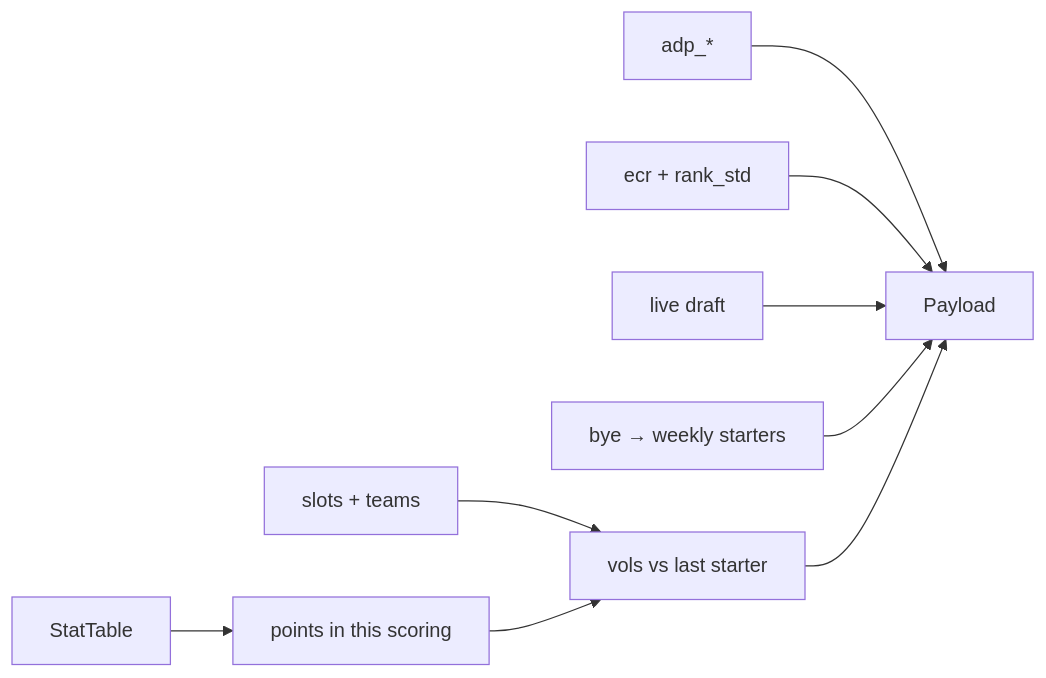
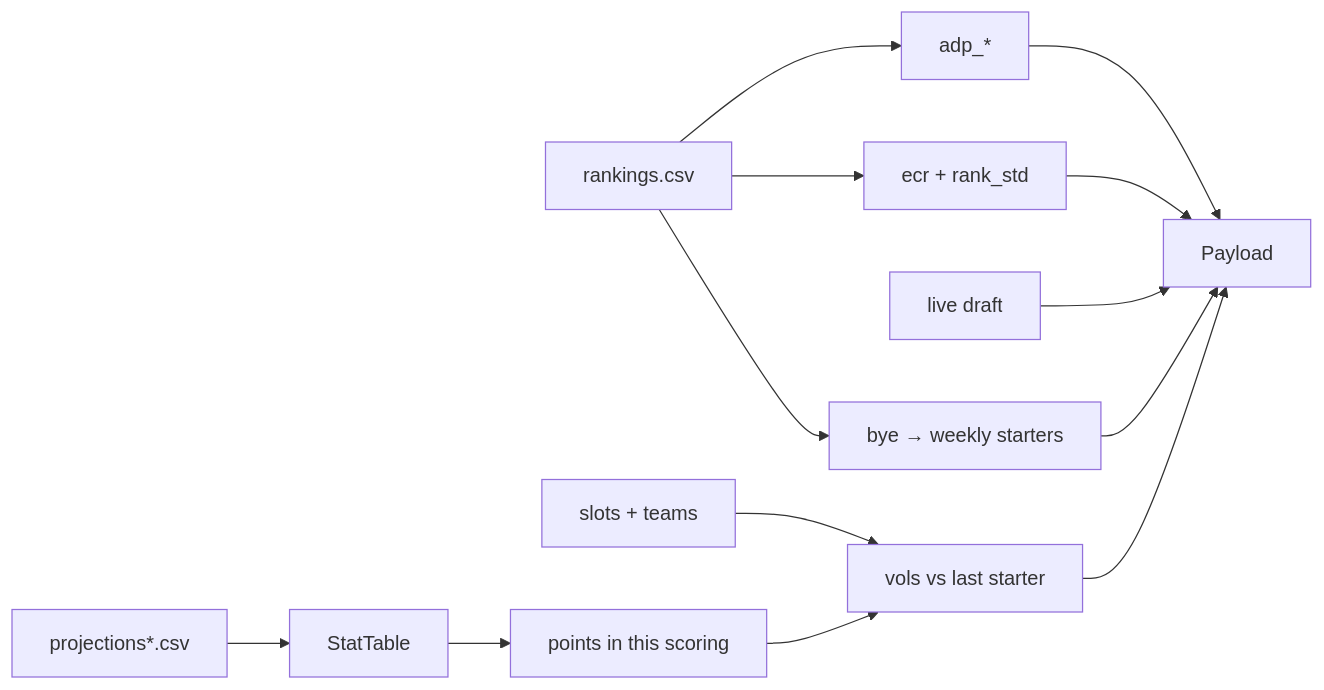
One commit to alemtani/vorpal changed the third of 4 diagrams in docs/SPEC.md. Above: the diagram before and after it, drawn with Mermaid. The commit also changed other lines of this file and 2 other files, not shown here.

First line of the commit message:
docs: take FantasyPros from a manual CSV drop, not the 10-player API

````diff
--- a/docs/SPEC.md
+++ b/docs/SPEC.md
@@ -101,11 +103,15 @@
 ```mermaid
 flowchart LR
-  ST[StatTable] --> PTS[points in this scoring]
+  RK["rankings.csv"] --> ADP[adp_*]
+  RK --> ECR[ecr + rank_std]
+  RK --> BYE[bye → weekly starters]
+  PJ["projections*.csv"] --> ST[StatTable]
+  ST --> PTS[points in this scoring]
   CFG[slots + teams] --> VOLS
   PTS --> VOLS[vols vs last starter]
-  ADP[adp_*] --> PAY
-  ECR[ecr + rank_std] --> PAY
+  ADP --> PAY
+  ECR --> PAY
   STATE[live draft] --> PAY
-  BYE[bye → weekly starters] --> PAY
+  BYE --> PAY
   VOLS --> PAY[Payload]
 ```
````
